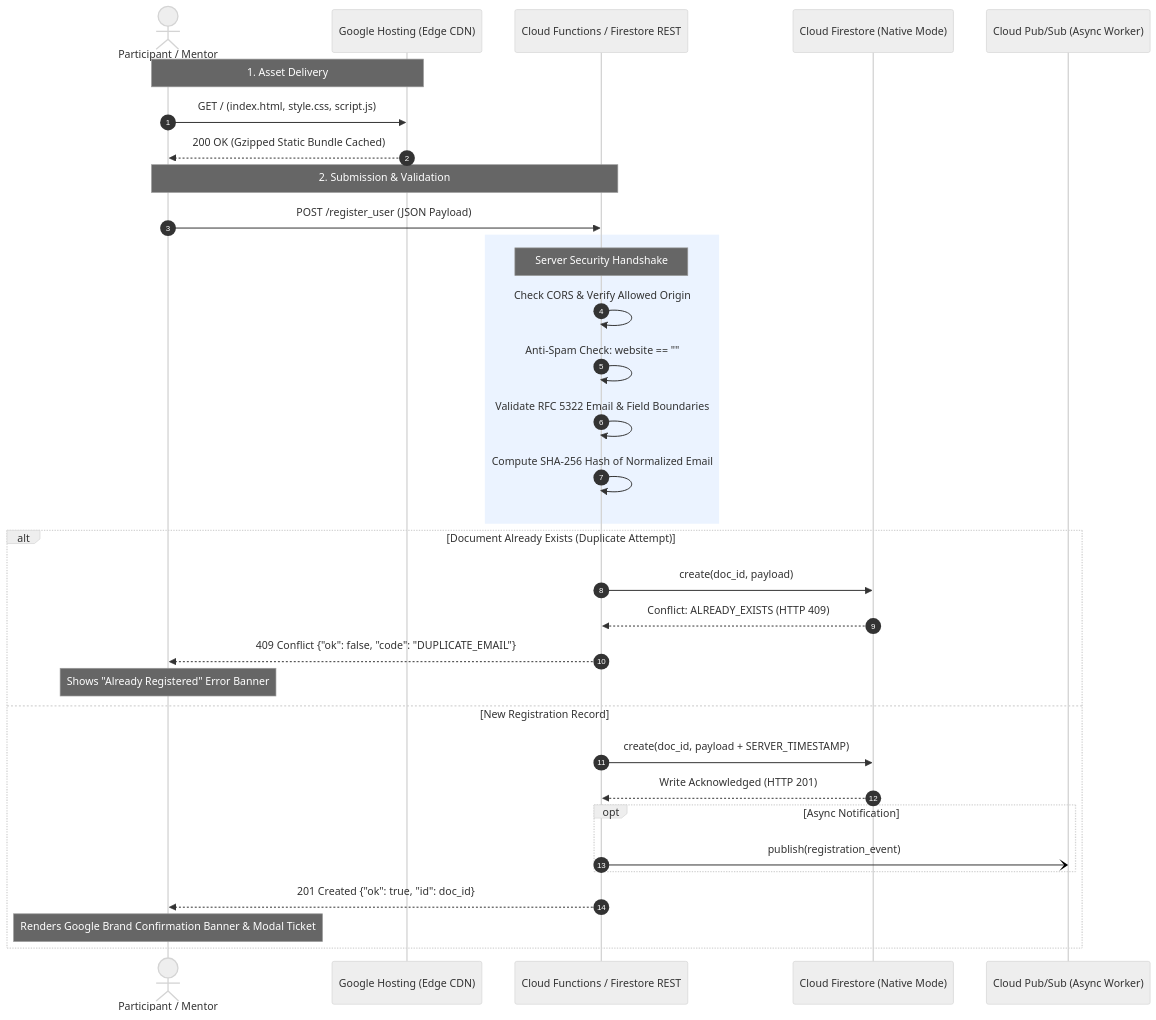
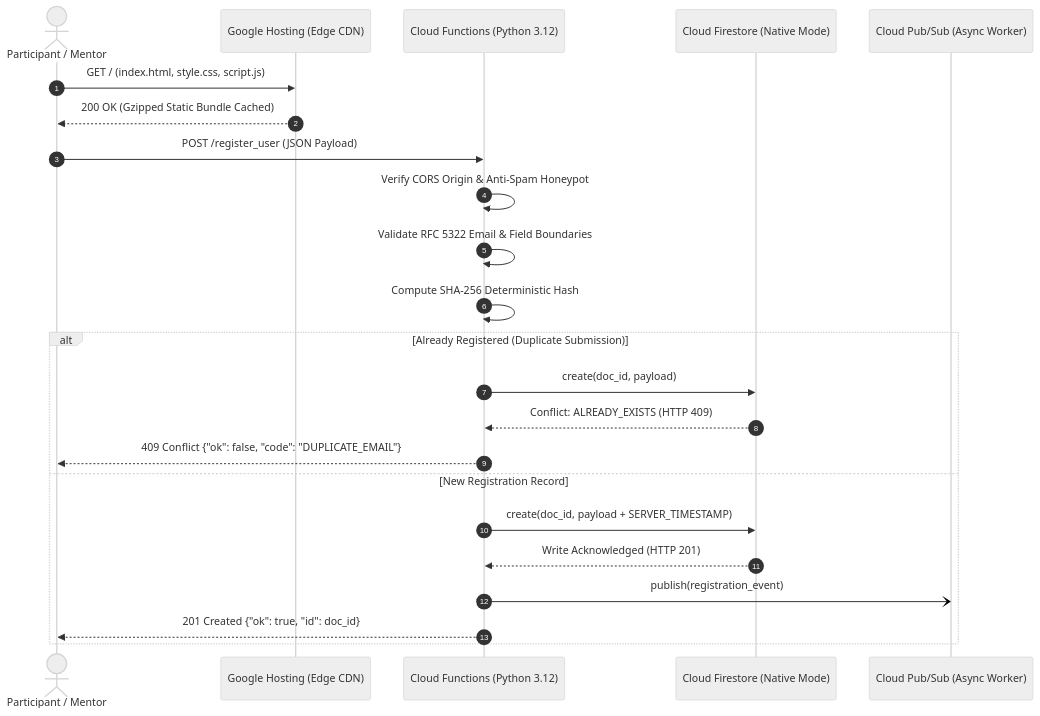
The diagram in README.md (9aaryanCyberH/Cloud-Study-Jams-on-Campus), drawn with Mermaid (neutral theme) before and after one commit. The commit also changed other lines of this file and 2 other files, not shown here.

Commit message:
docs: upgrade Points 2 and 3 with high-res infographics and concise architecture summaries

````diff
--- a/README.md
+++ b/README.md
@@ -114,39 +82,28 @@
 ```mermaid
 sequenceDiagram
     autonumber
     actor Attendee as Participant / Mentor
     participant Web as Google Hosting (Edge CDN)
-    participant API as Cloud Functions / Firestore REST
+    participant API as Cloud Functions (Python 3.12)
     participant DB as Cloud Firestore (Native Mode)
     participant PS as Cloud Pub/Sub (Async Worker)
 
-    Note over Attendee,Web: 1. Asset Delivery
     Attendee->>Web: GET / (index.html, style.css, script.js)
     Web-->>Attendee: 200 OK (Gzipped Static Bundle Cached)
 
-    Note over Attendee,API: 2. Submission & Validation
     Attendee->>API: POST /register_user (JSON Payload)
-    
-    rect rgb(235, 243, 255)
-        Note over API: Server Security Handshake
-        API->>API: Check CORS & Verify Allowed Origin
-        API->>API: Anti-Spam Check: website == ""
-        API->>API: Validate RFC 5322 Email & Field Boundaries
-        API->>API: Compute SHA-256 Hash of Normalized Email
-    end
+    API->>API: Verify CORS Origin & Anti-Spam Honeypot
+    API->>API: Validate RFC 5322 Email & Field Boundaries
+    API->>API: Compute SHA-256 Deterministic Hash
 
-    alt Document Already Exists (Duplicate Attempt)
+    alt Already Registered (Duplicate Submission)
         API->>DB: create(doc_id, payload)
         DB-->>API: Conflict: ALREADY_EXISTS (HTTP 409)
         API-->>Attendee: 409 Conflict {"ok": false, "code": "DUPLICATE_EMAIL"}
-        Note over Attendee: Shows "Already Registered" Error Banner
     else New Registration Record
         API->>DB: create(doc_id, payload + SERVER_TIMESTAMP)
         DB-->>API: Write Acknowledged (HTTP 201)
-        opt Async Notification
-            API-)PS: publish(registration_event)
-        end
+        API-)PS: publish(registration_event)
         API-->>Attendee: 201 Created {"ok": true, "id": doc_id}
-        Note over Attendee: Renders Google Brand Confirmation Banner & Modal Ticket
     end
 ```
````
